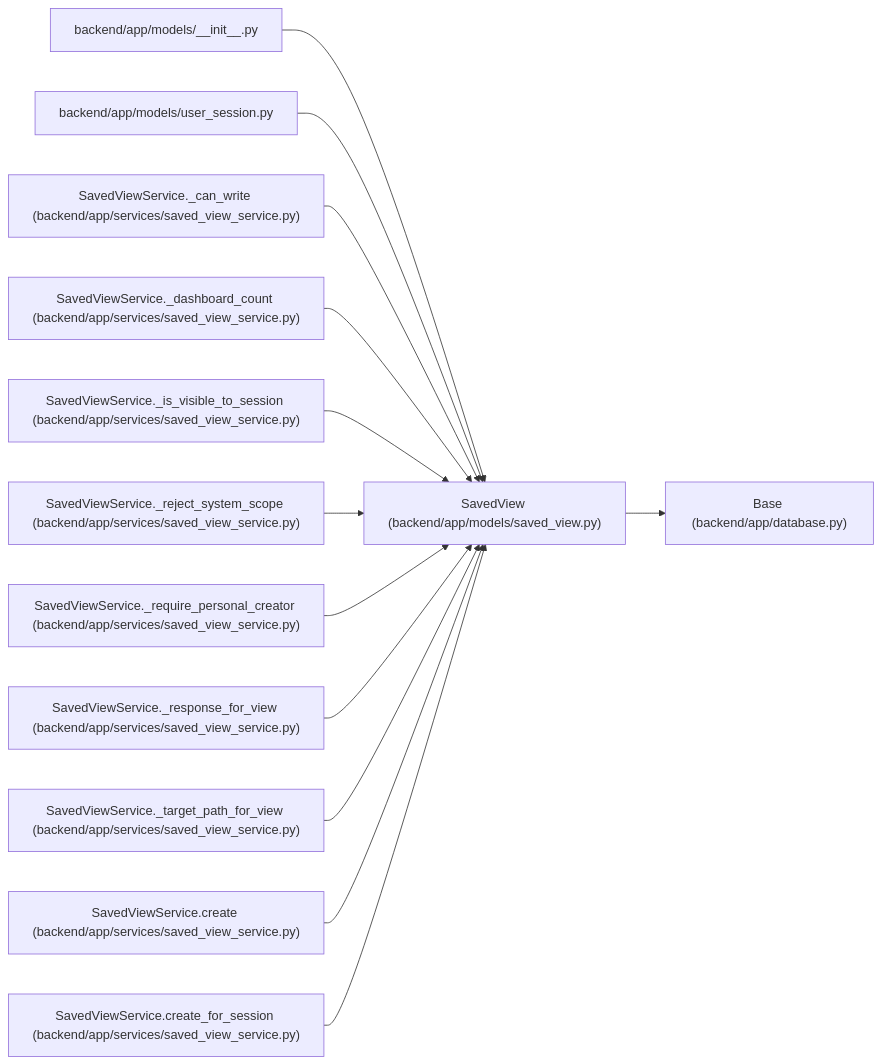
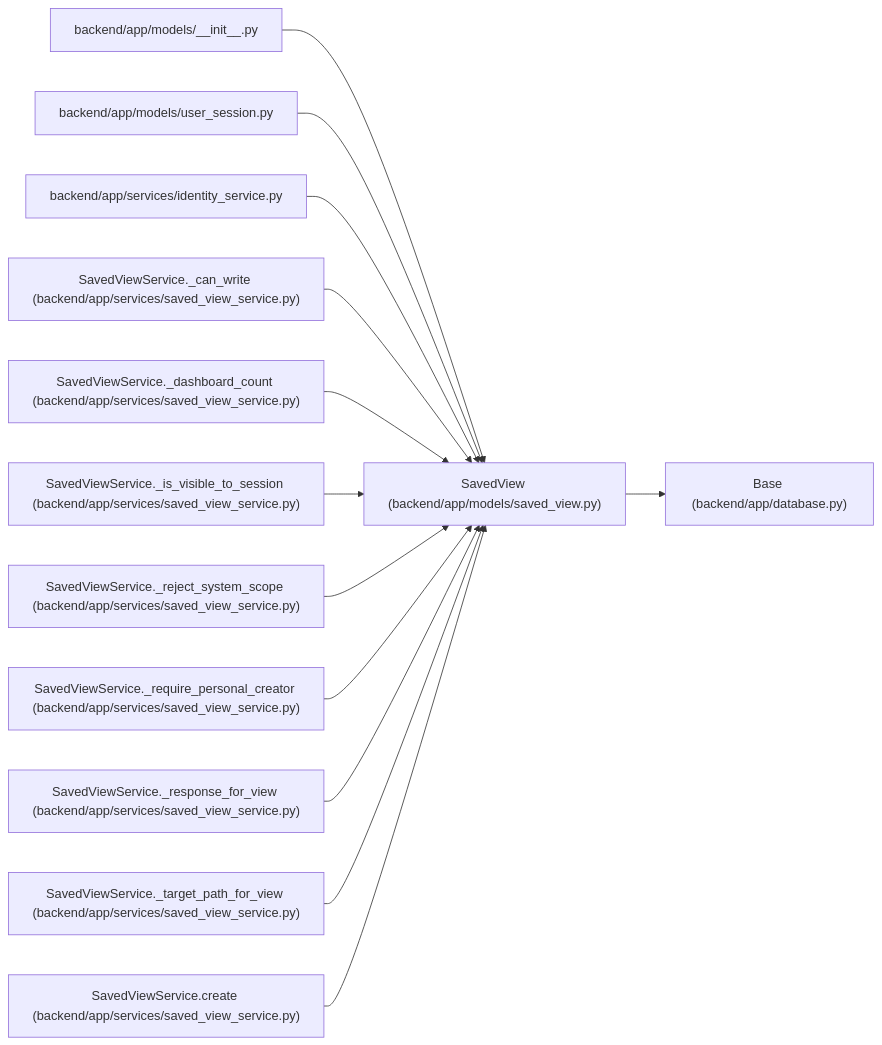
Before and after one commit to Denissvgn/WorkChord: the diagram in docs/llm_wiki/entities/models_saved_view_SavedView.md, drawn with Mermaid. The commit also changed other lines of this file and 25171 other files, not shown here.

````diff
--- a/docs/llm_wiki/entities/models_saved_view_SavedView.md
+++ b/docs/llm_wiki/entities/models_saved_view_SavedView.md
@@ -40,41 +40,41 @@
 ```mermaid
 flowchart LR
     n0["SavedView (backend/app/models/saved_view.py)"]
     n1["Base (backend/app/database.py)"]
     n2["backend/app/models/__init__.py"]
     n3["backend/app/models/user_session.py"]
-    n4["SavedViewService._can_write (backend/app/services/saved_view_service.py)"]
-    n5["SavedViewService._dashboard_count (backend/app/services/saved_view_service.py)"]
-    n6["SavedViewService._is_visible_to_session (backend/app/services/saved_view_service.py)"]
-    n7["SavedViewService._reject_system_scope (backend/app/services/saved_view_service.py)"]
-    n8["SavedViewService._require_personal_creator (backend/app/services/saved_view_service.py)"]
-    n9["SavedViewService._response_for_view (backend/app/services/saved_view_service.py)"]
-    n10["SavedViewService._target_path_for_view (backend/app/services/saved_view_service.py)"]
-    n11["SavedViewService.create (backend/app/services/saved_view_service.py)"]
-    n12["SavedViewService.create_for_session (backend/app/services/saved_view_service.py)"]
+    n4["backend/app/services/identity_service.py"]
+    n5["SavedViewService._can_write (backend/app/services/saved_view_service.py)"]
+    n6["SavedViewService._dashboard_count (backend/app/services/saved_view_service.py)"]
+    n7["SavedViewService._is_visible_to_session (backend/app/services/saved_view_service.py)"]
+    n8["SavedViewService._reject_system_scope (backend/app/services/saved_view_service.py)"]
+    n9["SavedViewService._require_personal_creator (backend/app/services/saved_view_service.py)"]
+    n10["SavedViewService._response_for_view (backend/app/services/saved_view_service.py)"]
+    n11["SavedViewService._target_path_for_view (backend/app/services/saved_view_service.py)"]
+    n12["SavedViewService.create (backend/app/services/saved_view_service.py)"]
     n0 --> n1
     n2 --> n0
     n3 --> n0
     n4 --> n0
     n5 --> n0
     n6 --> n0
     n7 --> n0
     n8 --> n0
     n9 --> n0
     n10 --> n0
     n11 --> n0
     n12 --> n0
     click n0 "../modules/models_saved_view.md"
     click n1 "../modules/app_database.md"
     click n2 "../modules/models___init__.md"
     click n3 "../modules/user_session.md"
-    click n4 "../modules/saved_view_service.md"
+    click n4 "../modules/identity_service.md"
     click n5 "../modules/saved_view_service.md"
     click n6 "../modules/saved_view_service.md"
     click n7 "../modules/saved_view_service.md"
     click n8 "../modules/saved_view_service.md"
     click n9 "../modules/saved_view_service.md"
     click n10 "../modules/saved_view_service.md"
     click n11 "../modules/saved_view_service.md"
     click n12 "../modules/saved_view_service.md"
 ```
````
